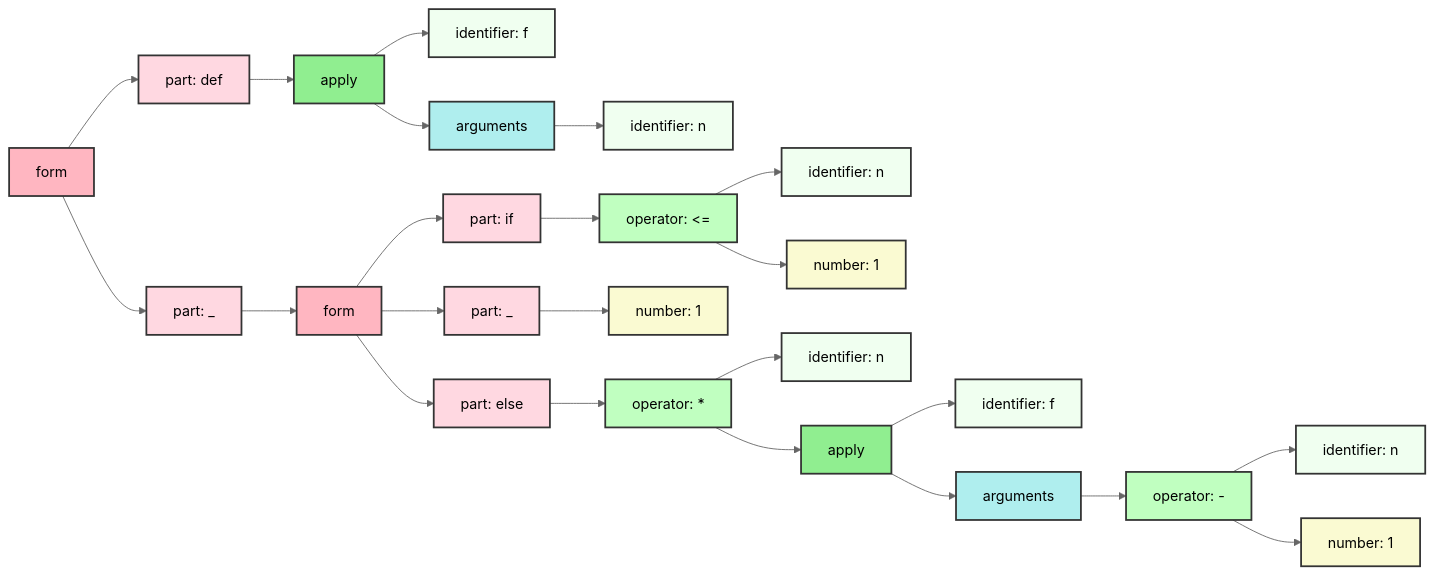
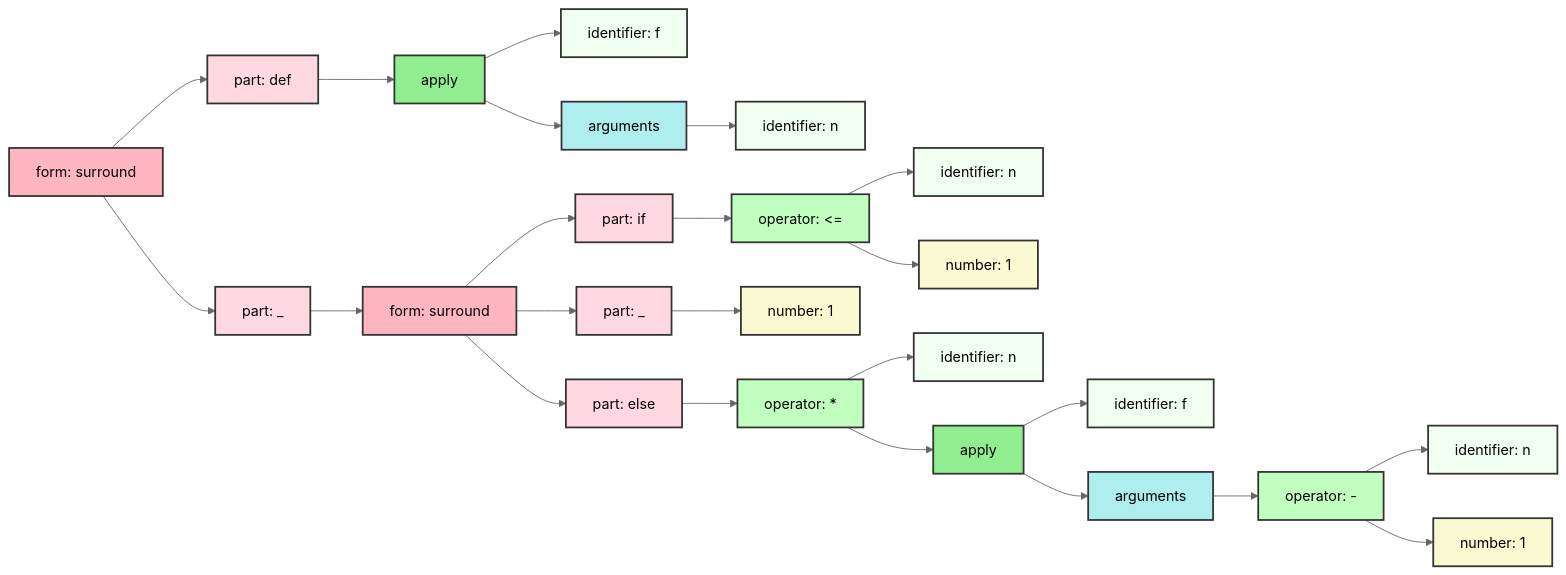
One commit to monogram-project/monogram-go changed the first of 2 diagrams in docs/factorial.md. Above: the diagram before and after it, drawn with Mermaid (neutral theme). The commit also changed other lines of this file and 10 other files, not shown here.

````diff
--- a/docs/factorial.md
+++ b/docs/factorial.md
@@ -21,57 +21,57 @@
 ```mermaid
 graph LR
-  134341447484736["form"]:::custom_form;
-  134341447484816["part: def"]:::custom_part;
-  134341447484736 --> 134341447484816;
-  134341447484896["apply"]:::custom_apply;
-  134341447484816 --> 134341447484896;
-  134341447484976["identifier: f"]:::custom_identifier;
-  134341447484896 --> 134341447484976;
-  134341447485056["arguments"]:::custom_arguments;
-  134341447484896 --> 134341447485056;
-  134341447485136["identifier: n"]:::custom_identifier;
-  134341447485056 --> 134341447485136;
-  134341447485216["part: _"]:::custom_part;
-  134341447484736 --> 134341447485216;
-  134341447485296["form"]:::custom_form;
-  134341447485216 --> 134341447485296;
-  134341447485376["part: if"]:::custom_part;
-  134341447485296 --> 134341447485376;
-  134341447485456["operator: <="]:::custom_operator;
-  134341447485376 --> 134341447485456;
-  134341447485536["identifier: n"]:::custom_identifier;
-  134341447485456 --> 134341447485536;
-  134341447485616["number: 1"]:::custom_number;
-  134341447485456 --> 134341447485616;
-  134341447485696["part: _"]:::custom_part;
-  134341447485296 --> 134341447485696;
-  134341447485776["number: 1"]:::custom_number;
-  134341447485696 --> 134341447485776;
-  134341447485856["part: else"]:::custom_part;
-  134341447485296 --> 134341447485856;
-  134341447485936["operator: *"]:::custom_operator;
-  134341447485856 --> 134341447485936;
-  134341447486016["identifier: n"]:::custom_identifier;
-  134341447485936 --> 134341447486016;
-  134341447486096["apply"]:::custom_apply;
-  134341447485936 --> 134341447486096;
-  134341447486256["identifier: f"]:::custom_identifier;
-  134341447486096 --> 134341447486256;
-  134341447486416["arguments"]:::custom_arguments;
-  134341447486096 --> 134341447486416;
-  134341447486576["operator: -"]:::custom_operator;
-  134341447486416 --> 134341447486576;
-  134341447486736["identifier: n"]:::custom_identifier;
-  134341447486576 --> 134341447486736;
-  134341447486896["number: 1"]:::custom_number;
-  134341447486576 --> 134341447486896;
+  137321037236880["form: surround"]:::custom_form;
+  137321037236960["part: def"]:::custom_part;
+  137321037236880 --> 137321037236960;
+  137321037237040["apply"]:::custom_apply;
+  137321037236960 --> 137321037237040;
+  137321037237120["identifier: f"]:::custom_identifier;
+  137321037237040 --> 137321037237120;
+  137321037237200["arguments"]:::custom_arguments;
+  137321037237040 --> 137321037237200;
+  137321037237280["identifier: n"]:::custom_identifier;
+  137321037237200 --> 137321037237280;
+  137321037237360["part: _"]:::custom_part;
+  137321037236880 --> 137321037237360;
+  137321037237440["form: surround"]:::custom_form;
+  137321037237360 --> 137321037237440;
+  137321037237520["part: if"]:::custom_part;
+  137321037237440 --> 137321037237520;
+  137321037237600["operator: <="]:::custom_operator;
+  137321037237520 --> 137321037237600;
+  137321037237680["identifier: n"]:::custom_identifier;
+  137321037237600 --> 137321037237680;
+  137321037237760["number: 1"]:::custom_number;
+  137321037237600 --> 137321037237760;
+  137321037237840["part: _"]:::custom_part;
+  137321037237440 --> 137321037237840;
+  137321037237920["number: 1"]:::custom_number;
+  137321037237840 --> 137321037237920;
+  137321037238000["part: else"]:::custom_part;
+  137321037237440 --> 137321037238000;
+  137321037238080["operator: *"]:::custom_operator;
+  137321037238000 --> 137321037238080;
+  137321037238160["identifier: n"]:::custom_identifier;
+  137321037238080 --> 137321037238160;
+  137321037238240["apply"]:::custom_apply;
+  137321037238080 --> 137321037238240;
+  137321037238400["identifier: f"]:::custom_identifier;
+  137321037238240 --> 137321037238400;
+  137321037238560["arguments"]:::custom_arguments;
+  137321037238240 --> 137321037238560;
+  137321037238720["operator: -"]:::custom_operator;
+  137321037238560 --> 137321037238720;
+  137321037238880["identifier: n"]:::custom_identifier;
+  137321037238720 --> 137321037238880;
+  137321037239040["number: 1"]:::custom_number;
+  137321037238720 --> 137321037239040;
 
 classDef custom_form fill:lightpink,stroke:#333,stroke-width:2px;
 classDef custom_part fill:#FFD8E1,stroke:#333,stroke-width:2px;
 classDef custom_apply fill:lightgreen,stroke:#333,stroke-width:2px;
 classDef custom_identifier fill:Honeydew,stroke:#333,stroke-width:2px;
 classDef custom_arguments fill:PaleTurquoise,stroke:#333,stroke-width:2px;
 classDef custom_operator fill:#C0FFC0,stroke:#333,stroke-width:2px;
 classDef custom_number fill:lightgoldenrodyellow,stroke:#333,stroke-width:2px;
 
 ```
````
